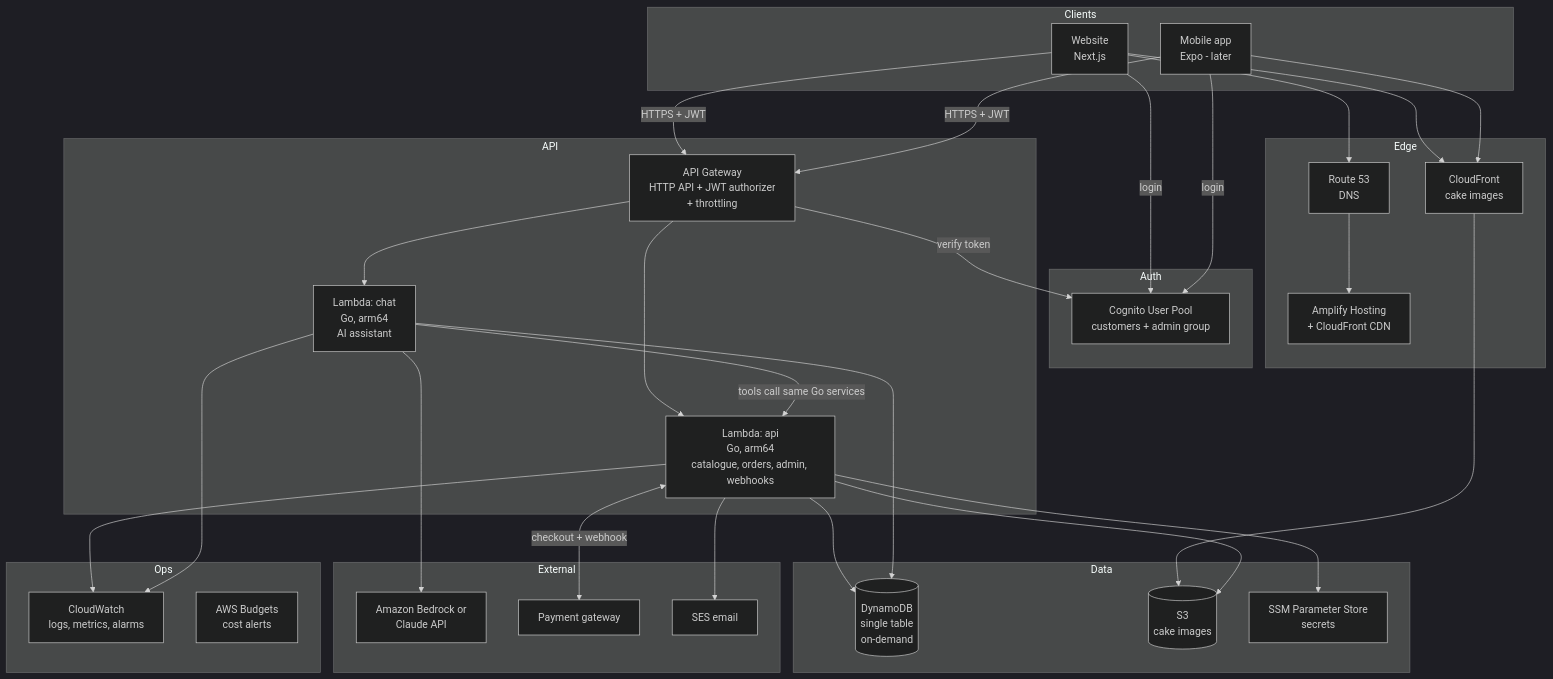
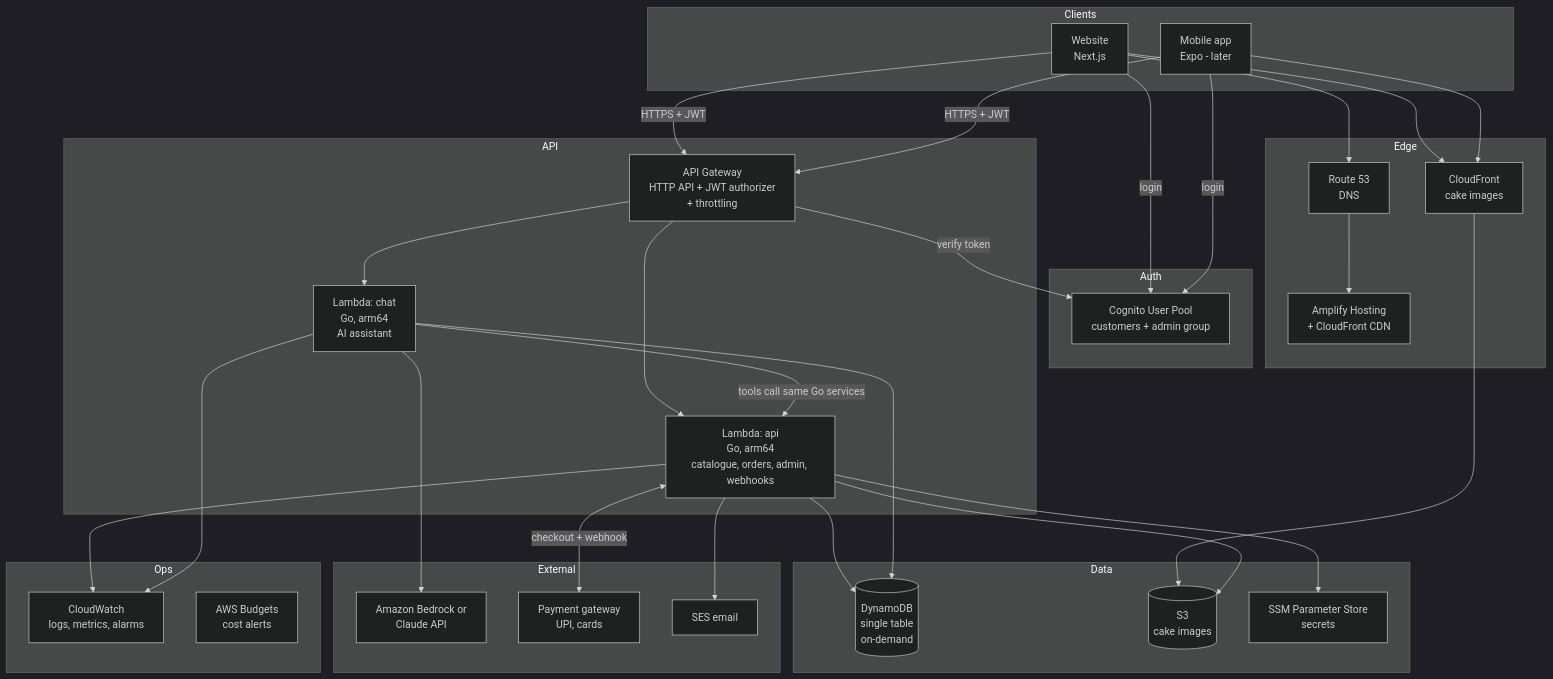
The second of 5 diagrams in docs/architecture/README.md (RisheDubs/cake-shop), drawn with Mermaid (dark theme) before and after one commit. The commit also changed other lines of this file and 20 other files, not shown here.

````diff
--- a/docs/architecture/README.md
+++ b/docs/architecture/README.md
@@ -29,53 +30,53 @@
 ```mermaid
 flowchart TB
   subgraph Clients
     WEB[Website<br/>Next.js]
     APP[Mobile app<br/>Expo - later]
   end
 
   subgraph Edge
     R53[Route 53<br/>DNS]
     AMP[Amplify Hosting<br/>+ CloudFront CDN]
     CF[CloudFront<br/>cake images]
   end
 
   subgraph Auth
     COG[Cognito User Pool<br/>customers + admin group]
   end
 
   subgraph API
     GW[API Gateway<br/>HTTP API + JWT authorizer<br/>+ throttling]
     L1[Lambda: api<br/>Go, arm64<br/>catalogue, orders, admin, webhooks]
     L2[Lambda: chat<br/>Go, arm64<br/>AI assistant]
   end
 
   subgraph Data
     DDB[(DynamoDB<br/>single table<br/>on-demand)]
     S3[(S3<br/>cake images)]
     SSM[SSM Parameter Store<br/>secrets]
   end
 
   subgraph External
     BR[Amazon Bedrock or<br/>Claude API]
-    PG[Payment gateway]
+    PG[Payment gateway<br/>UPI, cards]
     SES[SES email]
   end
 
   subgraph Ops
     CW[CloudWatch<br/>logs, metrics, alarms]
     BUD[AWS Budgets<br/>cost alerts]
   end
 
   WEB --> R53 --> AMP
   WEB & APP -->|HTTPS + JWT| GW
   WEB & APP -->|login| COG
   WEB & APP --> CF --> S3
   GW -->|verify token| COG
   GW --> L1 & L2
   L1 --> DDB & S3 & SSM & SES
   L1 <-->|checkout + webhook| PG
   L2 --> DDB
   L2 -->|tools call same Go services| L1
   L2 --> BR
   L1 & L2 --> CW
 ```
````
